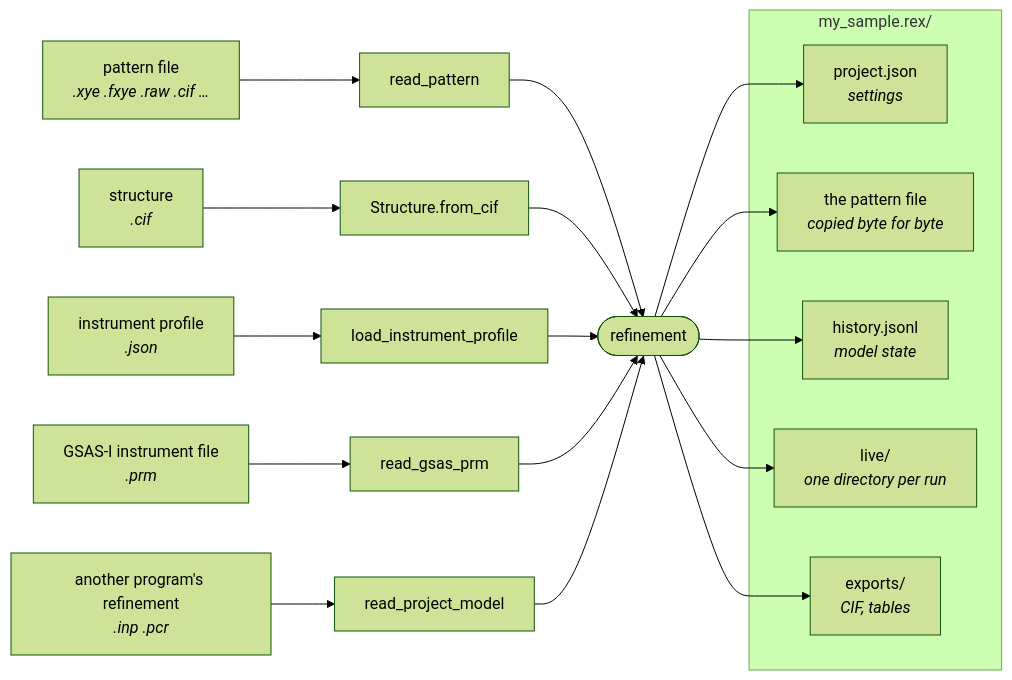
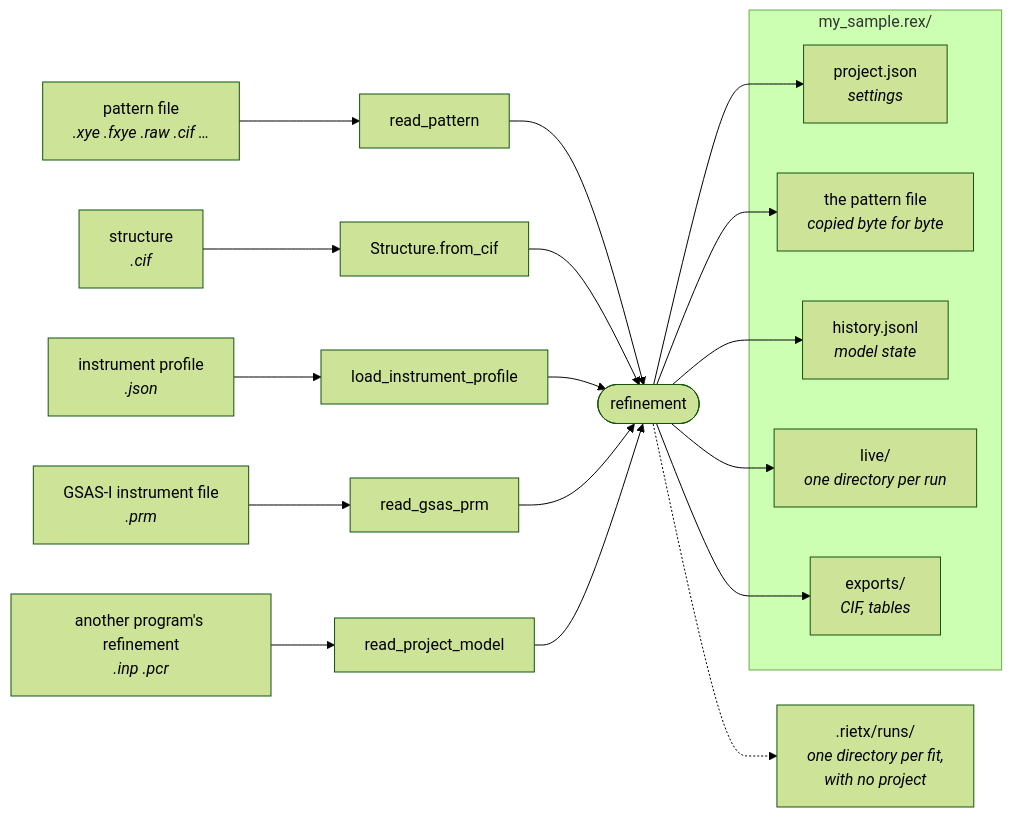
One commit to mustachefeeling/rietx changed the first of 2 diagrams in docs/manual/using/files.md. Above: the diagram before and after it, drawn with Mermaid (forest theme). The commit also changed other lines of this file and 6 other files, not shown here.

````diff
--- a/docs/manual/using/files.md
+++ b/docs/manual/using/files.md
@@ -6,25 +6,26 @@
 ```{mermaid}
 graph LR
   P["pattern file<br/><i>.xye .fxye .raw .cif …</i>"] --> RP["read_pattern"]
   C["structure<br/><i>.cif</i>"] --> SC["Structure.from_cif"]
   I["instrument profile<br/><i>.json</i>"] --> LP["load_instrument_profile"]
   G["GSAS-I instrument file<br/><i>.prm</i>"] --> GP["read_gsas_prm"]
   M["another program's refinement<br/><i>.inp .pcr</i>"] --> PM["read_project_model"]
   RP --> REF(["refinement"])
   SC --> REF
   LP --> REF
   GP --> REF
   PM --> REF
   subgraph rex ["my_sample.rex/"]
     PJ["project.json<br/><i>settings</i>"]
     PC["the pattern file<br/><i>copied byte for byte</i>"]
     H["history.jsonl<br/><i>model state</i>"]
     LV["live/<br/><i>one directory per run</i>"]
     EX["exports/<br/><i>CIF, tables</i>"]
   end
   REF --> PJ
   REF --> PC
   REF --> H
   REF --> LV
   REF --> EX
+  REF -.-> RUNS[".rietx/runs/<br/><i>one directory per fit,<br/>with no project</i>"]
 ```
````
